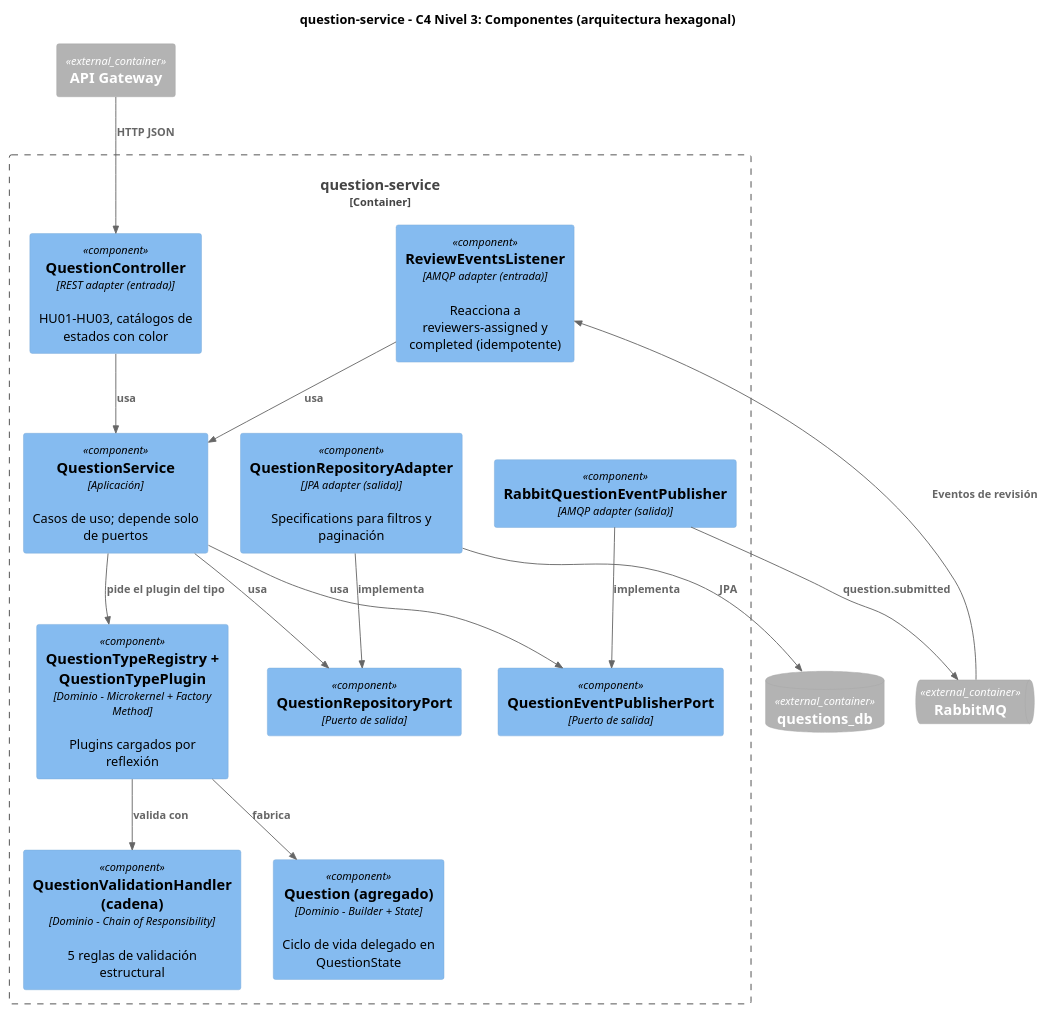
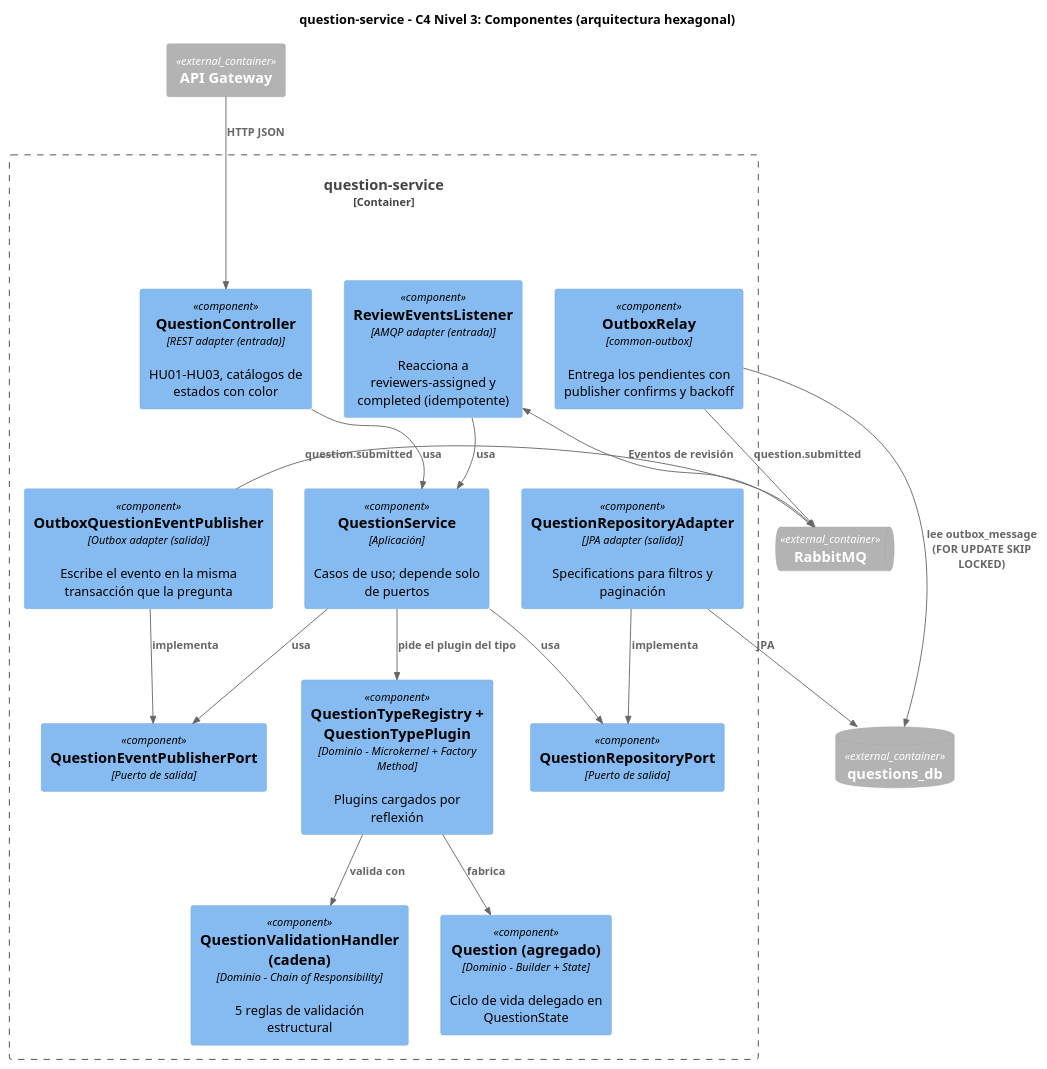
Before and after one commit to martinezgrasantiago214/BANCO_PREGUNTAS_SABER_PRO: the diagram in docs/diagramas/03-c4-componentes-question-service.puml, drawn with PlantUML. The commit also changed 18 other files, not shown here.

```diff
--- a/docs/diagramas/03-c4-componentes-question-service.puml
+++ b/docs/diagramas/03-c4-componentes-question-service.puml
@@ -1,35 +1,38 @@
 @startuml c4-componentes-question
 !include <C4/C4_Component>
 title question-service - C4 Nivel 3: Componentes (arquitectura hexagonal)
 
 Container_Ext(gateway, "API Gateway")
 ContainerQueue_Ext(broker, "RabbitMQ")
 ContainerDb_Ext(db, "questions_db")
 
 Container_Boundary(qs, "question-service") {
   Component(ctrl, "QuestionController", "REST adapter (entrada)", "HU01-HU03, catálogos de estados con color")
   Component(listener, "ReviewEventsListener", "AMQP adapter (entrada)", "Reacciona a reviewers-assigned y completed (idempotente)")
   Component(service, "QuestionService", "Aplicación", "Casos de uso; depende solo de puertos")
   Component(registry, "QuestionTypeRegistry + QuestionTypePlugin", "Dominio - Microkernel + Factory Method", "Plugins cargados por reflexión")
   Component(chain, "QuestionValidationHandler (cadena)", "Dominio - Chain of Responsibility", "5 reglas de validación estructural")
   Component(question, "Question (agregado)", "Dominio - Builder + State", "Ciclo de vida delegado en QuestionState")
   Component(repoPort, "QuestionRepositoryPort", "Puerto de salida")
   Component(pubPort, "QuestionEventPublisherPort", "Puerto de salida")
   Component(repoAdapter, "QuestionRepositoryAdapter", "JPA adapter (salida)", "Specifications para filtros y paginación")
-  Component(pubAdapter, "RabbitQuestionEventPublisher", "AMQP adapter (salida)")
+  Component(pubAdapter, "OutboxQuestionEventPublisher", "Outbox adapter (salida)", "Escribe el evento en la misma transacción que la pregunta")
+  Component(relay, "OutboxRelay", "common-outbox", "Entrega los pendientes con publisher confirms y backoff")
 }
 
 Rel(gateway, ctrl, "HTTP JSON")
 Rel(broker, listener, "Eventos de revisión")
 Rel(ctrl, service, "usa")
 Rel(listener, service, "usa")
 Rel(service, registry, "pide el plugin del tipo")
 Rel(registry, chain, "valida con")
 Rel(registry, question, "fabrica")
 Rel(service, repoPort, "usa")
 Rel(service, pubPort, "usa")
 Rel(repoAdapter, repoPort, "implementa")
 Rel(pubAdapter, pubPort, "implementa")
 Rel(repoAdapter, db, "JPA")
 Rel(pubAdapter, broker, "question.submitted")
+Rel(relay, db, "lee outbox_message (FOR UPDATE SKIP LOCKED)")
+Rel(relay, broker, "question.submitted")
 @enduml
```
